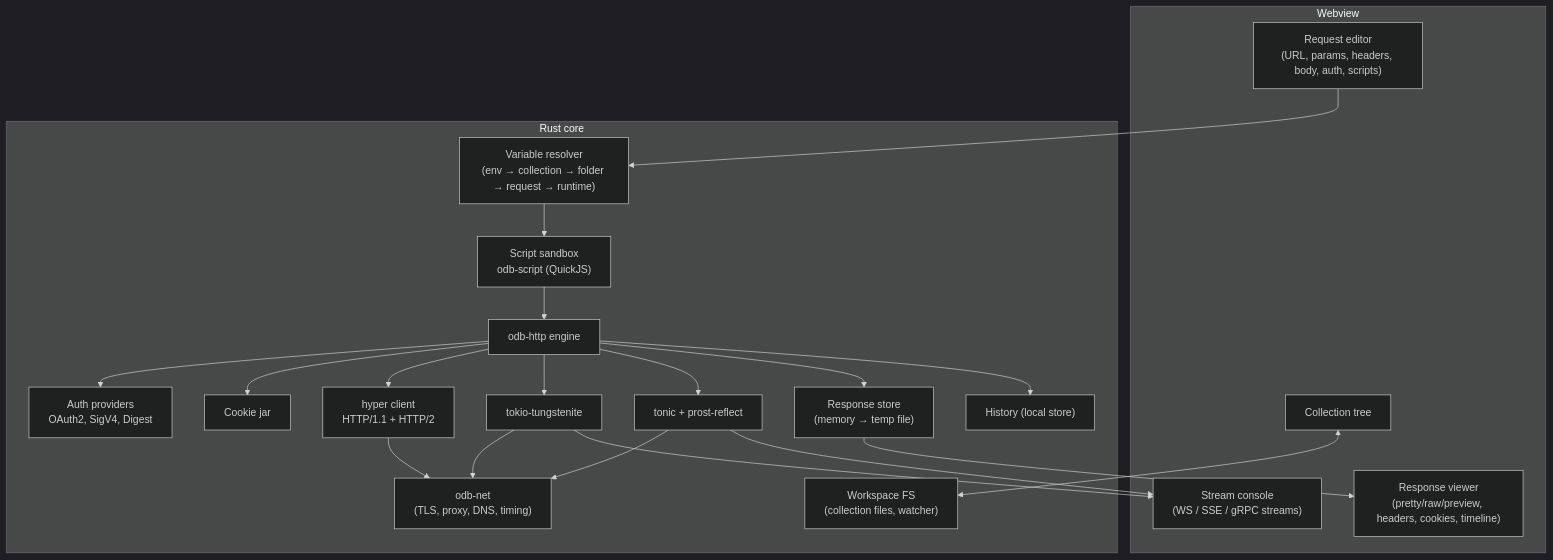
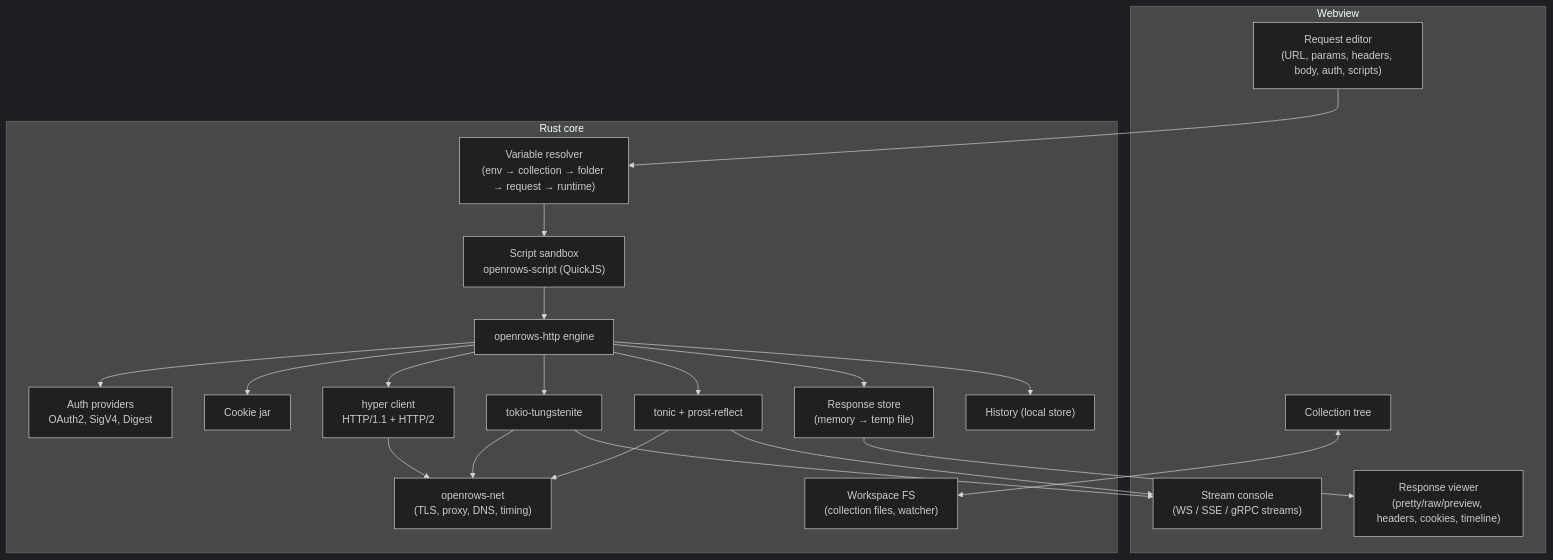
One commit to theetaz/open-rows changed the first of 3 diagrams in docs/11-api-client.md. Above: the diagram before and after it, drawn with Mermaid (dark theme). The commit also changed other lines of this file and 31 other files, not shown here.

````diff
--- a/docs/11-api-client.md
+++ b/docs/11-api-client.md
@@ -27,39 +27,39 @@
 ```mermaid
 flowchart TB
     subgraph ui["Webview"]
         reqEd["Request editor<br/>(URL, params, headers, body, auth, scripts)"]
         resV["Response viewer<br/>(pretty/raw/preview, headers, cookies, timeline)"]
         stream["Stream console<br/>(WS / SSE / gRPC streams)"]
         coll["Collection tree"]
     end
     subgraph core["Rust core"]
         ws["Workspace FS<br/>(collection files, watcher)"]
         res["Variable resolver<br/>(env → collection → folder → request → runtime)"]
-        scr["Script sandbox<br/>odb-script (QuickJS)"]
-        eng["odb-http engine"]
+        scr["Script sandbox<br/>openrows-script (QuickJS)"]
+        eng["openrows-http engine"]
         h1["hyper client<br/>HTTP/1.1 + HTTP/2"]
         wsk["tokio-tungstenite"]
         grpc["tonic + prost-reflect"]
         auth["Auth providers<br/>OAuth2, SigV4, Digest"]
         jar["Cookie jar"]
-        net["odb-net<br/>(TLS, proxy, DNS, timing)"]
+        net["openrows-net<br/>(TLS, proxy, DNS, timing)"]
         store["Response store<br/>(memory → temp file)"]
         hist["History (local store)"]
     end
     coll <--> ws
     reqEd --> res
     res --> scr
     scr --> eng
     eng --> auth
     eng --> jar
     eng --> h1
     eng --> wsk
     eng --> grpc
     h1 --> net
     wsk --> net
     grpc --> net
     eng --> store --> resV
     eng --> hist
     wsk --> stream
     grpc --> stream
 ```
````
